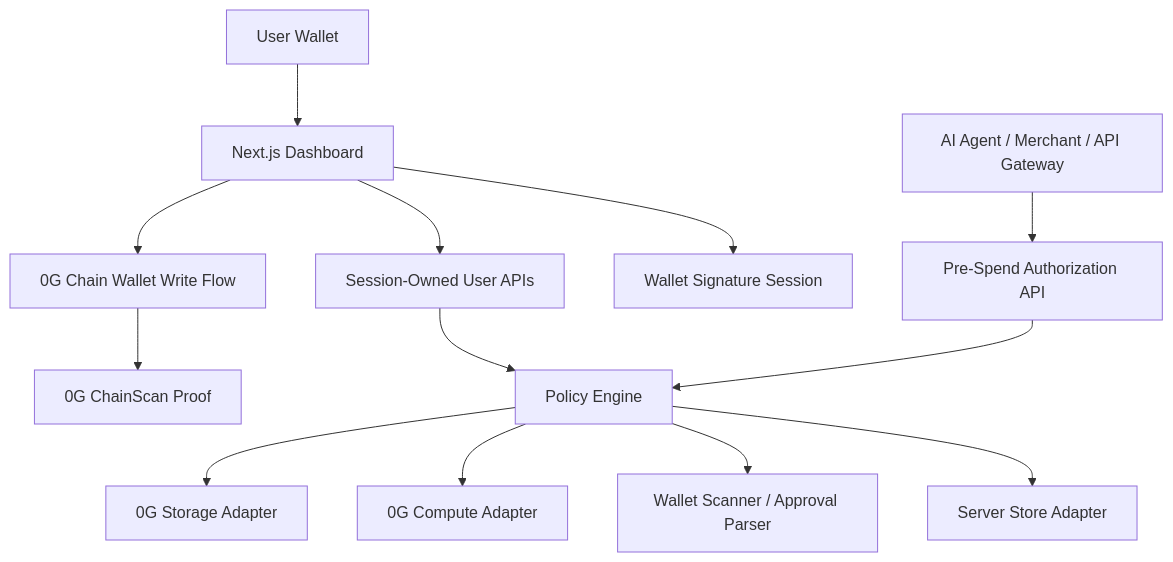
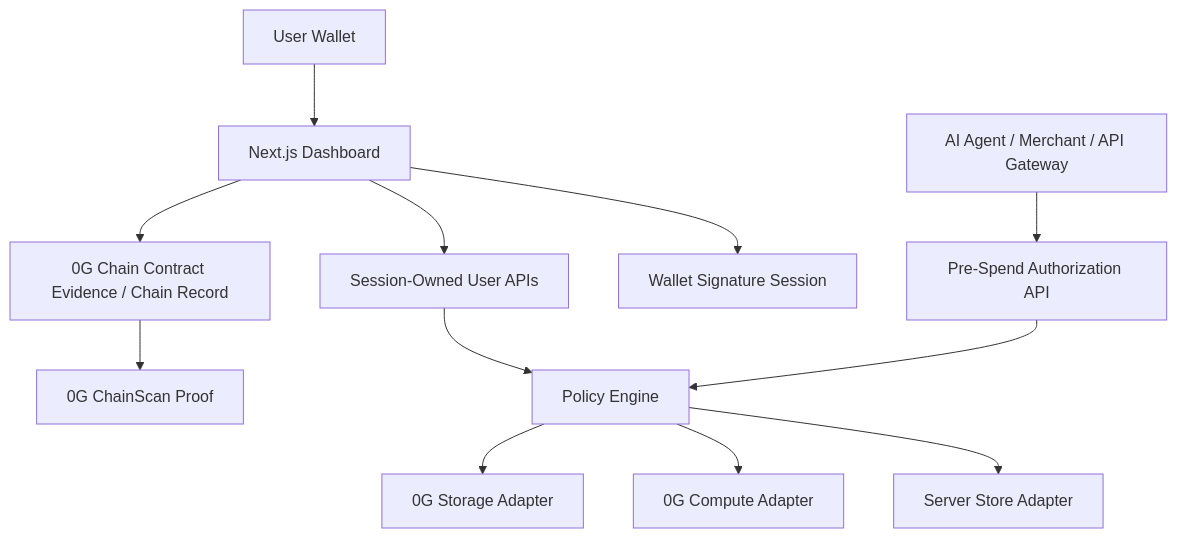
One commit to bjvgukv25842-cmyk/SubGuardian changed the diagram in README.md. Above: the diagram before and after it, drawn with Mermaid. The commit also changed other lines of this file and 1 other file, not shown here.

````diff
--- a/README.md
+++ b/README.md
@@ -84,15 +224,14 @@
 ```mermaid
 flowchart TB
   USER["User Wallet"] --> UI["Next.js Dashboard"]
   UI --> AUTH["Wallet Signature Session"]
   UI --> USERAPI["Session-Owned User APIs"]
   AGENT["AI Agent / Merchant / API Gateway"] --> AUTHZ["Pre-Spend Authorization API"]
   AUTHZ --> POLICY["Policy Engine"]
   USERAPI --> POLICY
   POLICY --> STORE["Server Store Adapter"]
-  POLICY --> SCAN["Wallet Scanner / Approval Parser"]
   POLICY --> COMPUTE["0G Compute Adapter"]
   POLICY --> STORAGE["0G Storage Adapter"]
-  UI --> CHAIN["0G Chain Wallet Write Flow"]
+  UI --> CHAIN["0G Chain Contract Evidence / Chain Record"]
   CHAIN --> EXPLORER["0G ChainScan Proof"]
 ```
````
